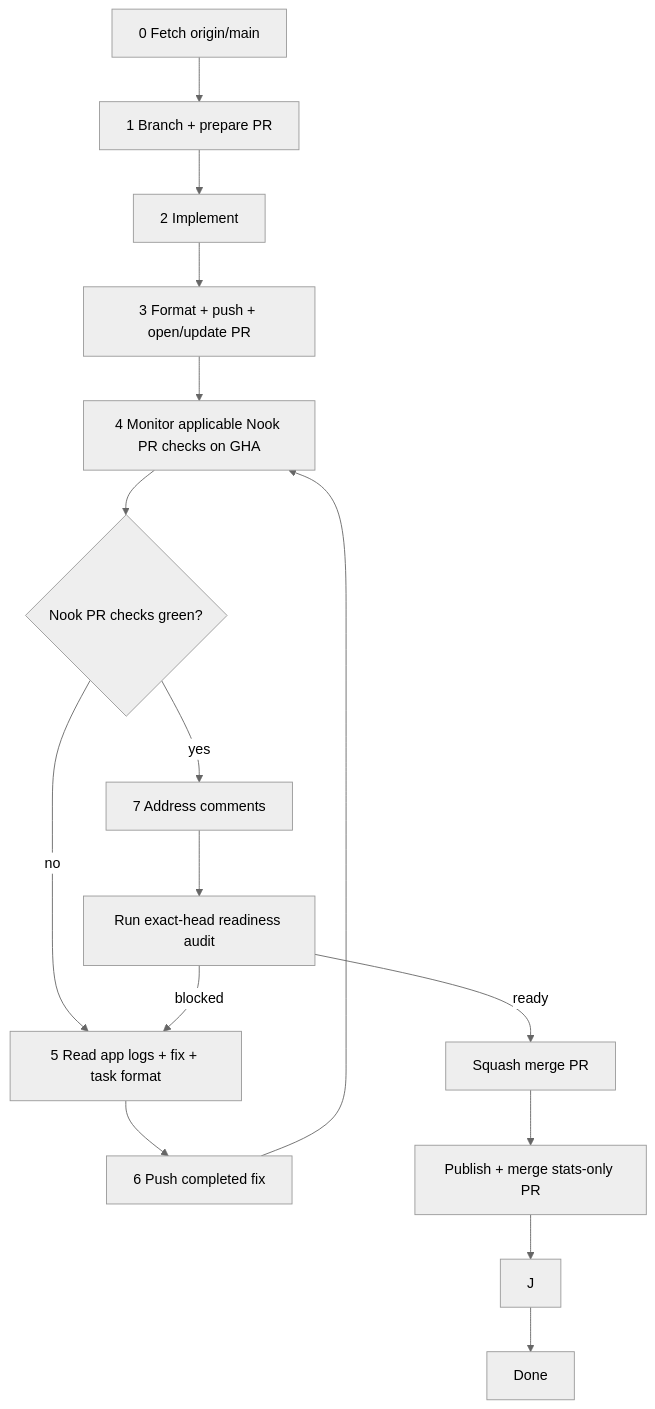
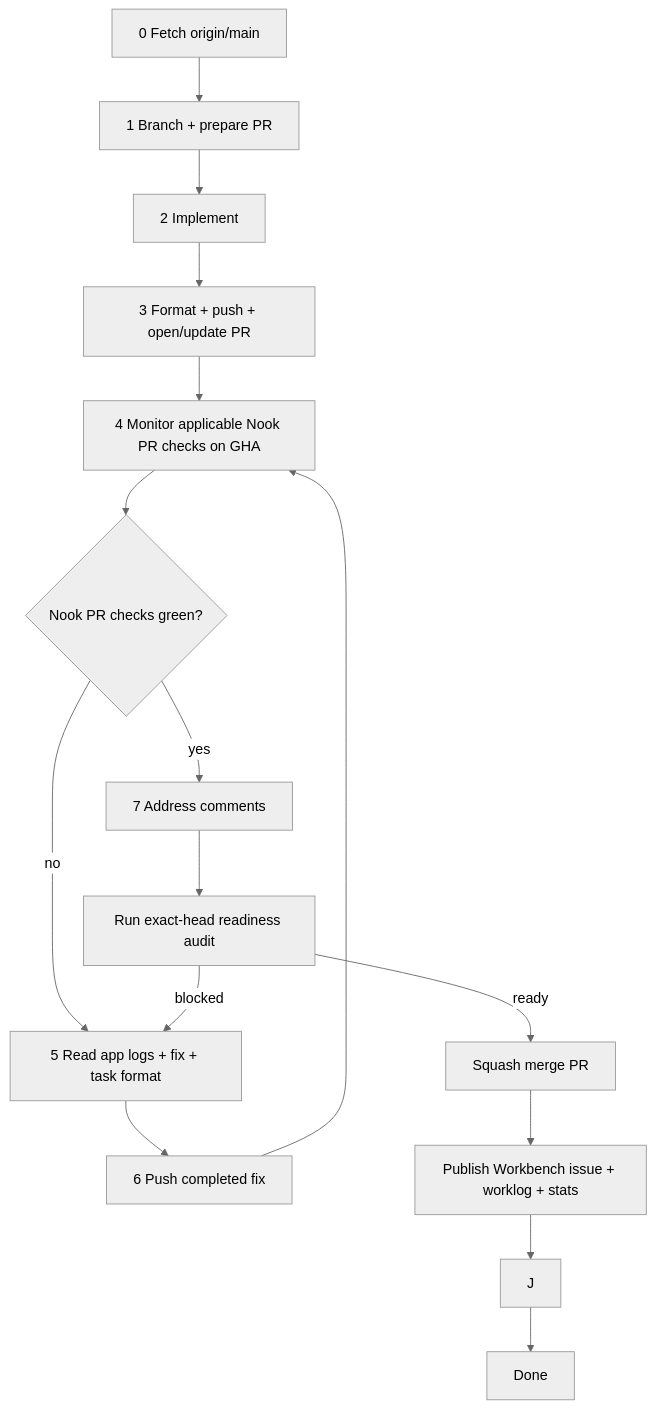
The diagram in .cortex/workflows/pull-requests.md (meta-secret/nook), drawn with Mermaid (neutral theme) before and after one commit. The commit also changed other lines of this file and 178 other files, not shown here.

````diff
--- a/.cortex/workflows/pull-requests.md
+++ b/.cortex/workflows/pull-requests.md
@@ -54,18 +54,18 @@
 ```mermaid
 flowchart TD
   Z[0 Fetch origin/main] --> A[1 Branch + prepare PR]
   A --> I[2 Implement]
   I --> E[3 Format + push + open/update PR]
   E --> F[4 Monitor applicable Nook PR checks on GHA]
   F --> G{Nook PR checks green?}
   G -->|no| H[5 Read app logs + fix + task format]
   H --> PUSH[6 Push completed fix]
   PUSH --> F
   G -->|yes| C[7 Address comments]
   C --> R[Run exact-head readiness audit]
   R -->|blocked| H
   R -->|ready| M[Squash merge PR]
-  M --> S[Publish + merge stats-only PR]
+  M --> S[Publish Workbench issue + worklog + stats]
   S --> J
   J --> K[Done]
 ```
````
